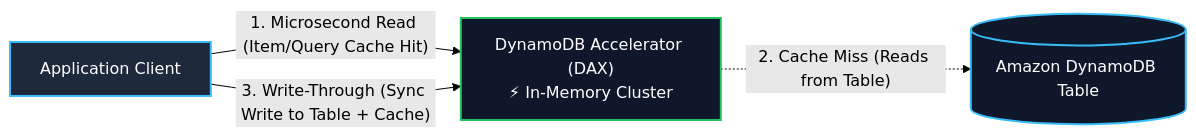
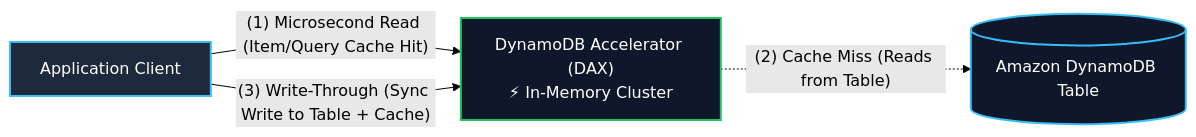
The sixth of 7 diagrams in content/02-services/database/dynamodb.md (Wathon/aws-dea-c01-note), drawn with Mermaid (forest theme) before and after one commit. The commit also changed other lines of this file and 19 other files, not shown here.

Commit message:
fix(mermaid): resolve 'Unsupported markdown: list' rendering issues across all diagram node and edge labels

````diff
--- a/content/02-services/database/dynamodb.md
+++ b/content/02-services/database/dynamodb.md
@@ -332,14 +332,14 @@
 ```mermaid
 graph LR
-    App["Application Client"] -->|"1. Microsecond Read (Item/Query Cache Hit)"| DAX["DynamoDB Accelerator (DAX)<br/>⚡ In-Memory Cluster"]
-    DAX -.->|"2. Cache Miss (Reads from Table)"| DDB[("Amazon DynamoDB Table")]
-    App -->|"3. Write-Through (Sync Write to Table + Cache)"| DAX
+    App["Application Client"] -->|"(1) Microsecond Read (Item/Query Cache Hit)"| DAX["DynamoDB Accelerator (DAX)<br/>⚡ In-Memory Cluster"]
+    DAX -.->|"(2) Cache Miss (Reads from Table)"| DDB[("Amazon DynamoDB Table")]
+    App -->|"(3) Write-Through (Sync Write to Table + Cache)"| DAX
 
     classDef app fill:#1e293b,stroke:#38bdf8,stroke-width:2px,color:#fff;
     classDef dax fill:#0f172a,stroke:#22c55e,stroke-width:2px,color:#fff;
     classDef ddb fill:#0f172a,stroke:#38bdf8,stroke-width:2px,color:#fff;
 
     class App app;
     class DAX dax;
     class DDB ddb;
 ```
````
